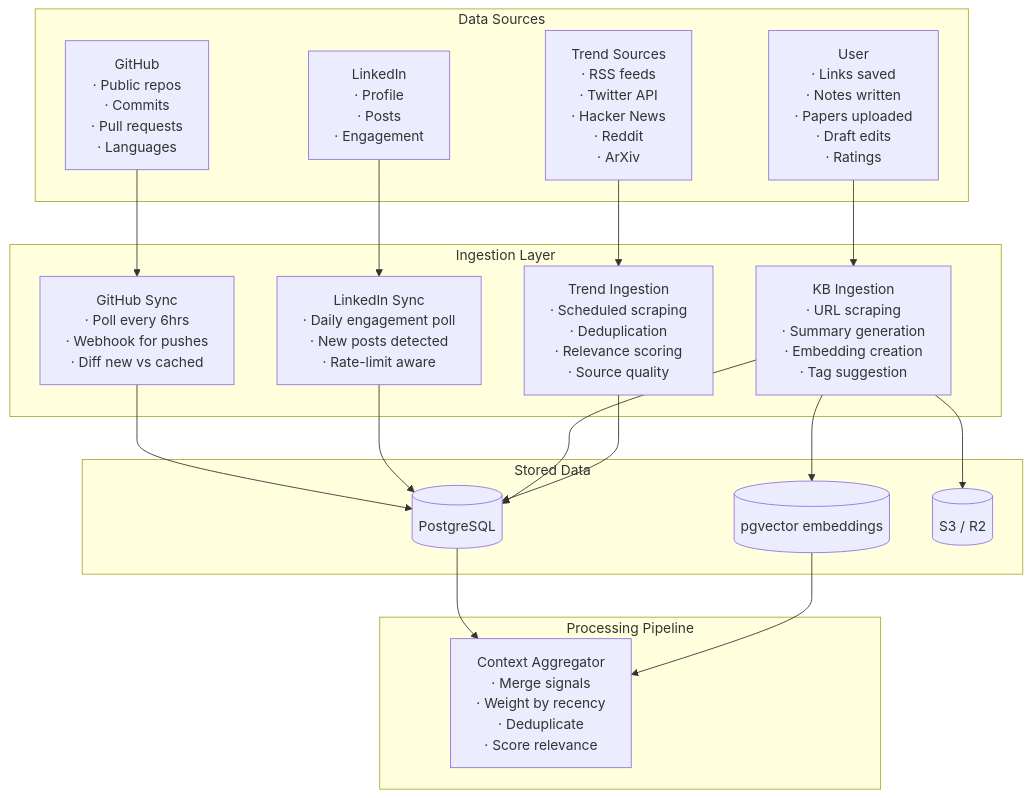
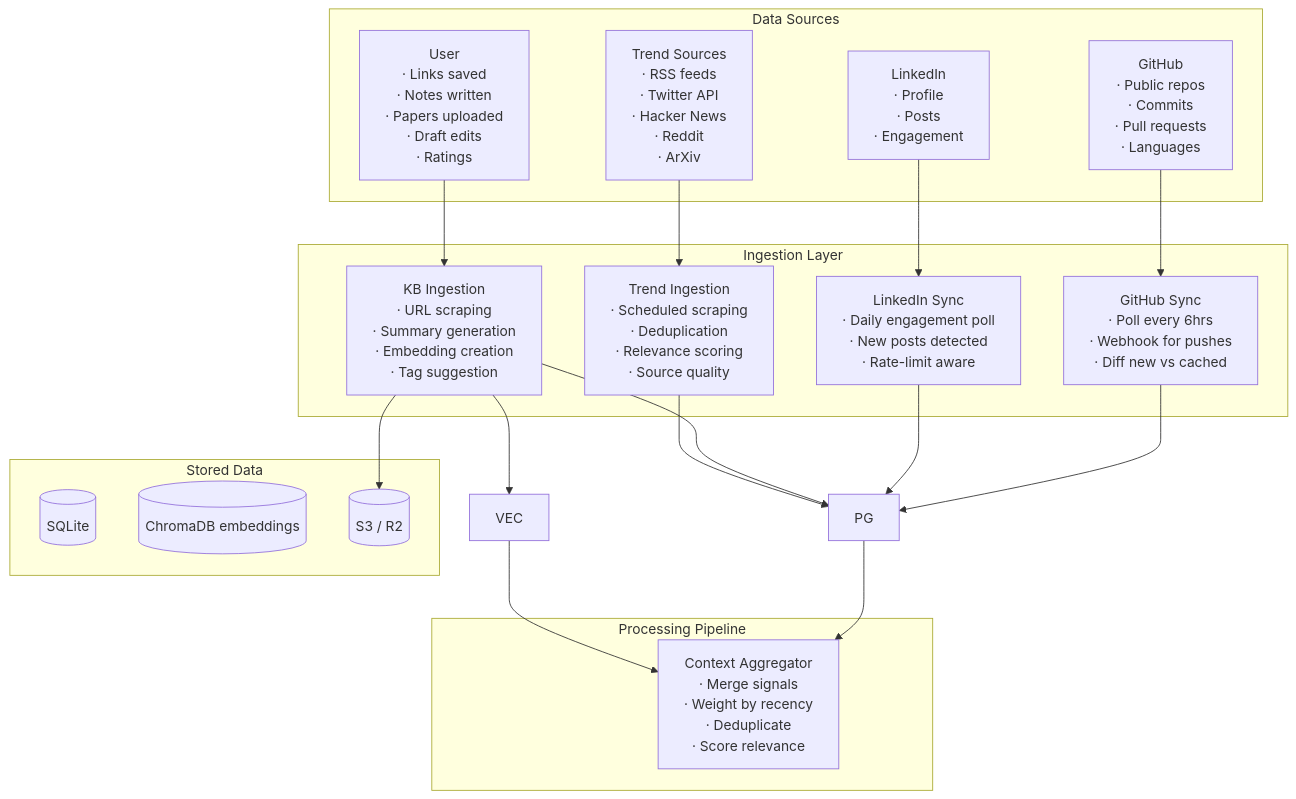
The ninth of 24 diagrams in docs/02_SYSTEM_ARCHITECTURE.md (Blacksujit/AI-Brand-OS), drawn with Mermaid before and after one commit. The commit also changed other lines of this file and 18 other files, not shown here.

````diff
--- a/docs/02_SYSTEM_ARCHITECTURE.md
+++ b/docs/02_SYSTEM_ARCHITECTURE.md
@@ -739,76 +746,76 @@
 ```mermaid
 flowchart TB
   subgraph SOURCES["Data Sources"]
     GITHUB_DIR["GitHub
                · Public repos
                · Commits
                · Pull requests
                · Languages"]
     LINKEDIN_DIR["LinkedIn
                   · Profile
                   · Posts
                   · Engagement"]
     USER_DIR["User
               · Links saved
               · Notes written
               · Papers uploaded
               · Draft edits
               · Ratings"]
     TREND_DIR["Trend Sources
                · RSS feeds
                · Twitter API
                · Hacker News
                · Reddit
                · ArXiv"]
   end
 
   subgraph INGESTION["Ingestion Layer"]
     GITHUB_SYNC["GitHub Sync
                  · Poll every 6hrs
                  · Webhook for pushes
                  · Diff new vs cached"]
     LI_SYNC["LinkedIn Sync
              · Daily engagement poll
              · New posts detected
              · Rate-limit aware"]
     KB_INGEST["KB Ingestion
                · URL scraping
                · Summary generation
                · Embedding creation
                · Tag suggestion"]
     TREND_INGEST["Trend Ingestion
                   · Scheduled scraping
                   · Deduplication
                   · Relevance scoring
                   · Source quality"]
   end
 
   subgraph STORAGE["Stored Data"]
-    PG[(PostgreSQL)]
-    VEC[(pgvector embeddings)]
+    SQLITE[(SQLite)]
+    CHROMA[(ChromaDB embeddings)]
     S3[(S3 / R2)]
   end
 
   subgraph PIPELINE["Processing Pipeline"]
     AGG["Context Aggregator
          · Merge signals
          · Weight by recency
          · Deduplicate
          · Score relevance"]
   end
 
   GITHUB_DIR --> GITHUB_SYNC
   LINKEDIN_DIR --> LI_SYNC
   USER_DIR --> KB_INGEST
   TREND_DIR --> TREND_INGEST
 
   GITHUB_SYNC --> PG
   LI_SYNC --> PG
   KB_INGEST --> PG
   KB_INGEST --> VEC
   KB_INGEST --> S3
   TREND_INGEST --> PG
 
   PG --> AGG
   VEC --> AGG
 ```
````
